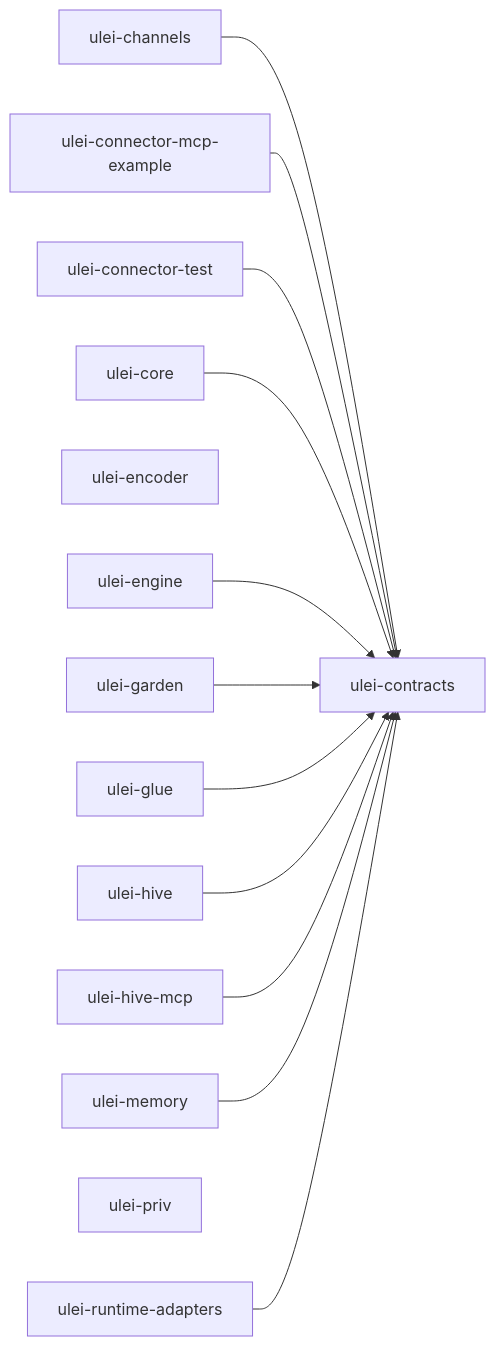
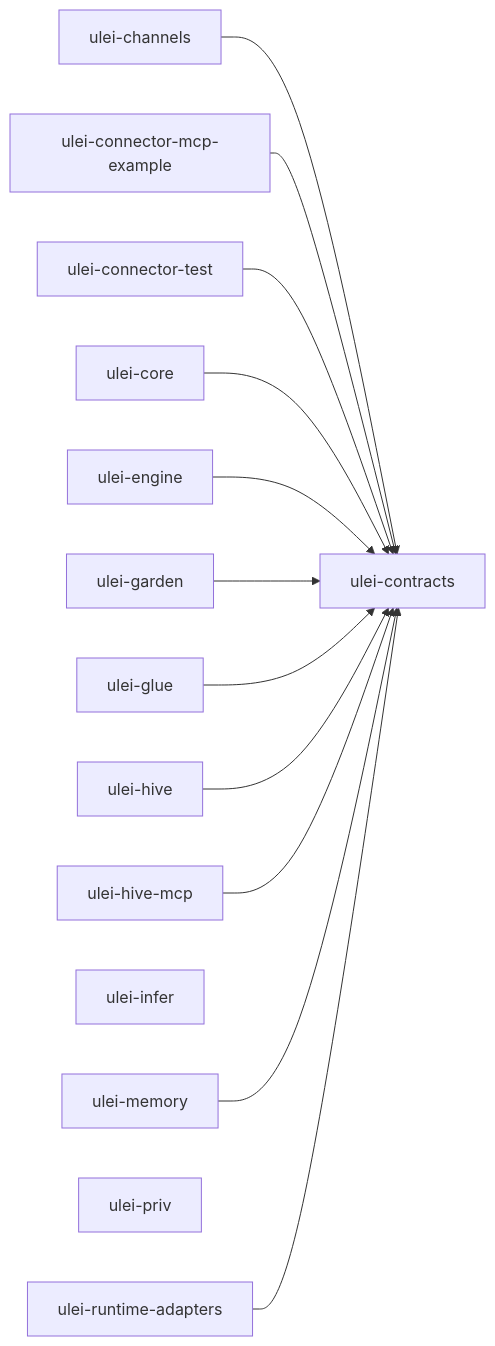
One commit to pasekahq/ulei changed the diagram in docs/architecture/module-map.md. Above: the diagram before and after it, drawn with Mermaid. The commit also changed other lines of this file and 23 other files, not shown here.

First line of the commit message:
Rename ulei-encoder to ulei-infer and split it into inference layers

````diff
--- a/docs/architecture/module-map.md
+++ b/docs/architecture/module-map.md
@@ -28,28 +28,28 @@
 ```mermaid
 graph LR
   ulei_channels["ulei-channels"]
   ulei_connector_mcp_example["ulei-connector-mcp-example"]
   ulei_connector_test["ulei-connector-test"]
   ulei_contracts["ulei-contracts"]
   ulei_core["ulei-core"]
-  ulei_encoder["ulei-encoder"]
   ulei_engine["ulei-engine"]
   ulei_garden["ulei-garden"]
   ulei_glue["ulei-glue"]
   ulei_hive["ulei-hive"]
   ulei_hive_mcp["ulei-hive-mcp"]
+  ulei_infer["ulei-infer"]
   ulei_memory["ulei-memory"]
   ulei_priv["ulei-priv"]
   ulei_runtime_adapters["ulei-runtime-adapters"]
   ulei_channels --> ulei_contracts
   ulei_connector_mcp_example --> ulei_contracts
   ulei_connector_test --> ulei_contracts
   ulei_core --> ulei_contracts
   ulei_engine --> ulei_contracts
   ulei_garden --> ulei_contracts
   ulei_glue --> ulei_contracts
   ulei_hive --> ulei_contracts
   ulei_hive_mcp --> ulei_contracts
   ulei_memory --> ulei_contracts
   ulei_runtime_adapters --> ulei_contracts
 ```
````
